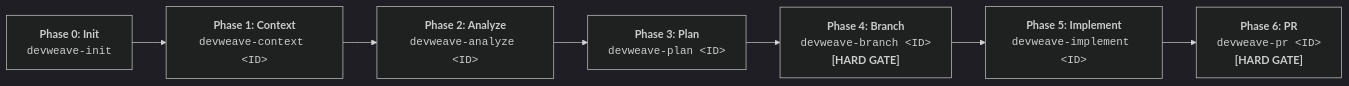
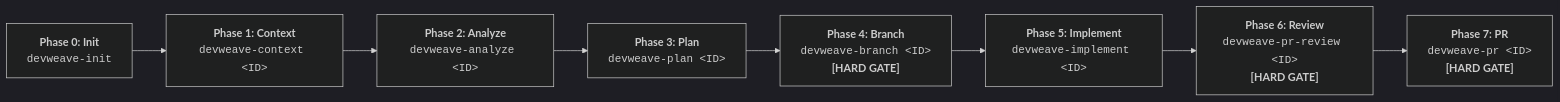
Before and after one commit to paarthivnaik/DevWeave: the second of 2 diagrams in README.md, drawn with Mermaid (dark theme). The commit also changed other lines of this file and 5 other files, not shown here.

Commit message:
feat(skills): introduce dedicated devweave-pr-review command with dual-model review and HITL checkpoint before PR creation

````diff
--- a/README.md
+++ b/README.md
@@ -40,9 +40,10 @@
 ```mermaid
 flowchart LR
     P0["<b>Phase 0: Init</b><br><code>devweave-init</code>"] --> P1["<b>Phase 1: Context</b><br><code>devweave-context &lt;ID&gt;</code>"]
     P1 --> P2["<b>Phase 2: Analyze</b><br><code>devweave-analyze &lt;ID&gt;</code>"]
     P2 --> P3["<b>Phase 3: Plan</b><br><code>devweave-plan &lt;ID&gt;</code>"]
     P3 --> P4["<b>Phase 4: Branch</b><br><code>devweave-branch &lt;ID&gt;</code><br><b>[HARD GATE]</b>"]
     P4 --> P5["<b>Phase 5: Implement</b><br><code>devweave-implement &lt;ID&gt;</code>"]
-    P5 --> P6["<b>Phase 6: PR</b><br><code>devweave-pr &lt;ID&gt;</code><br><b>[HARD GATE]</b>"]
+    P5 --> P6["<b>Phase 6: Review</b><br><code>devweave-pr-review &lt;ID&gt;</code><br><b>[HARD GATE]</b>"]
+    P6 --> P7["<b>Phase 7: PR</b><br><code>devweave-pr &lt;ID&gt;</code><br><b>[HARD GATE]</b>"]
 ```
````
